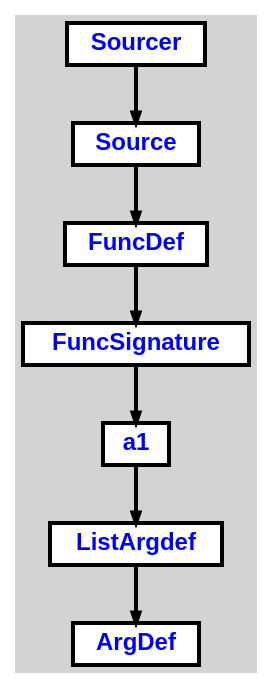
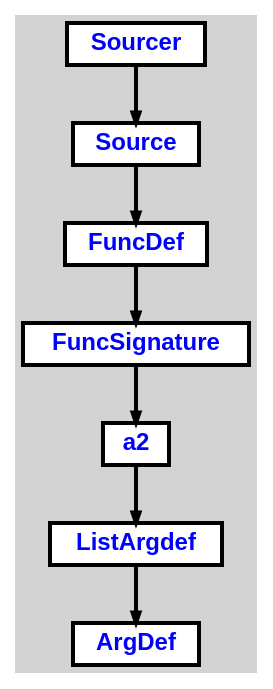
Before and after one commit to aveen007/CountingMonkeys: the diagram in cpoCompilerWin/tree.dot, drawn with Graphviz. The commit also changed 3 other files, not shown here.

```diff
--- a/cpoCompilerWin/tree.dot
+++ b/cpoCompilerWin/tree.dot
@@ -1,25 +1,25 @@
 digraph {
 
 	ordering=out;
 	ranksep=.4;
 	bgcolor="lightgrey";  node [shape=box, fixedsize=false, fontsize=12, fontname="Helvetica-bold", fontcolor="blue"
 	width=.25, height=.25, color="black", fillcolor="white", style="filled, solid, bold"];
 
 	edge [arrowsize=.5, color="black", style="bold"]
 
-	n000001C7A991C890[label="Sourcer"]
-	n000001C7A991C758[label="Source"]
-	n000001C7A991C620[label="FuncDef"]
-	n000001C7A991C3B0[label="FuncSignature"]
-	n000001C7A991C4E8[label="a1"]
-	n000001C7A991C278[label="ListArgdef"]
-	n000001C7A991B648[label="ArgDef"]
+	n00000231E773C890[label="Sourcer"]
+	n00000231E773C758[label="Source"]
+	n00000231E773C620[label="FuncDef"]
+	n00000231E773C3B0[label="FuncSignature"]
+	n00000231E773C4E8[label="a2"]
+	n00000231E773C278[label="ListArgdef"]
+	n00000231E773B648[label="ArgDef"]
 
-		n000001C7A991C890 -> n000001C7A991C758		// Sourcer -> Source
-		n000001C7A991C758 -> n000001C7A991C620		// Source -> FuncDef
-		n000001C7A991C620 -> n000001C7A991C3B0		// FuncDef -> FuncSignature
-		n000001C7A991C3B0 -> n000001C7A991C4E8		// FuncSignature -> a1
-		n000001C7A991C4E8 -> n000001C7A991C278		// a1 -> ListArgdef
-		n000001C7A991C278 -> n000001C7A991B648		// ListArgdef -> ArgDef
+		n00000231E773C890 -> n00000231E773C758		// Sourcer -> Source
+		n00000231E773C758 -> n00000231E773C620		// Source -> FuncDef
+		n00000231E773C620 -> n00000231E773C3B0		// FuncDef -> FuncSignature
+		n00000231E773C3B0 -> n00000231E773C4E8		// FuncSignature -> a2
+		n00000231E773C4E8 -> n00000231E773C278		// a2 -> ListArgdef
+		n00000231E773C278 -> n00000231E773B648		// ListArgdef -> ArgDef
 
 }
```
